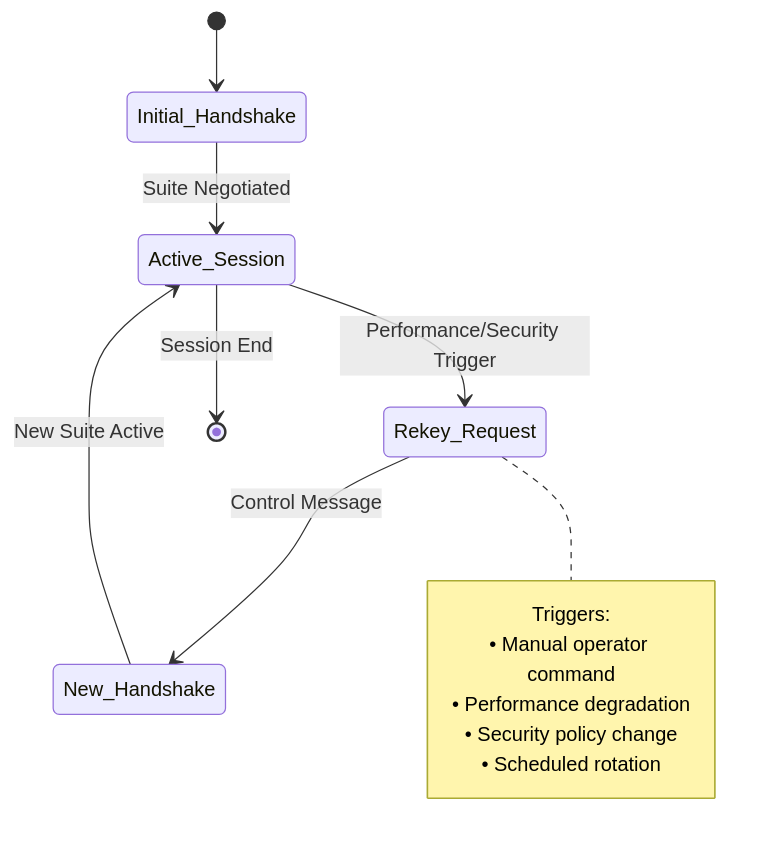
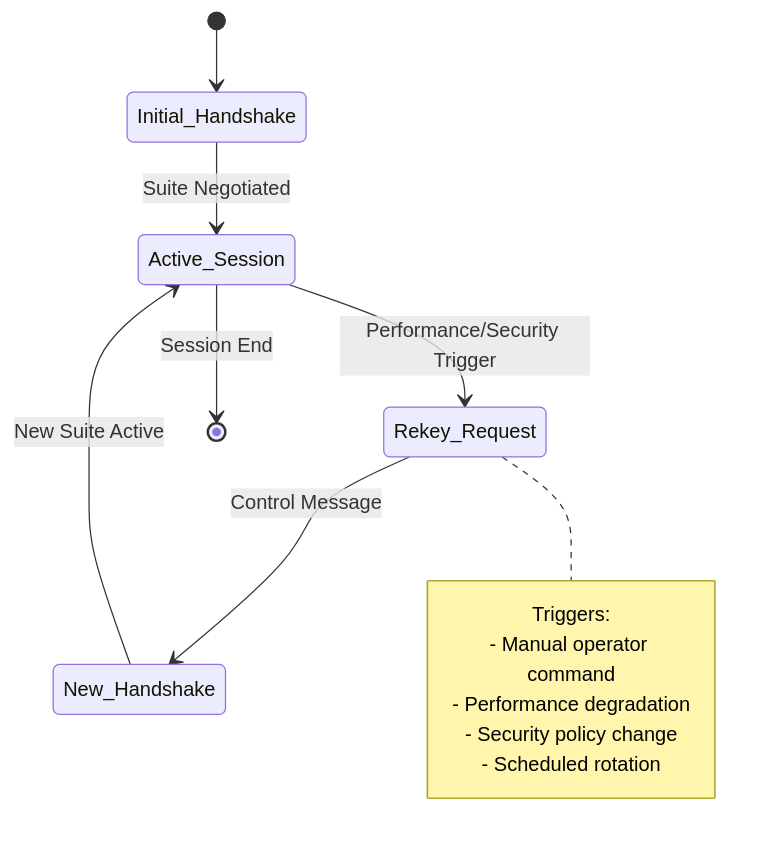
The tenth of 13 diagrams in README.md (Kamalbura/research), drawn with Mermaid before and after one commit. The commit also changed other lines of this file, not shown here.

````diff
--- a/README.md
+++ b/README.md
@@ -286,17 +284,17 @@
 ```mermaid
 stateDiagram-v2
     [*] --> Initial_Handshake
     Initial_Handshake --> Active_Session : Suite Negotiated
     Active_Session --> Rekey_Request : Performance/Security Trigger
     Rekey_Request --> New_Handshake : Control Message
     New_Handshake --> Active_Session : New Suite Active
     Active_Session --> [*] : Session End
     
     note right of Rekey_Request
         Triggers:
-        • Manual operator command
-        • Performance degradation
-        • Security policy change
-        • Scheduled rotation
+        - Manual operator command
+        - Performance degradation
+        - Security policy change
+        - Scheduled rotation
     end note
 ```
````
